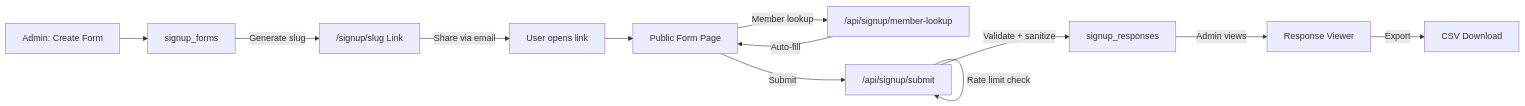
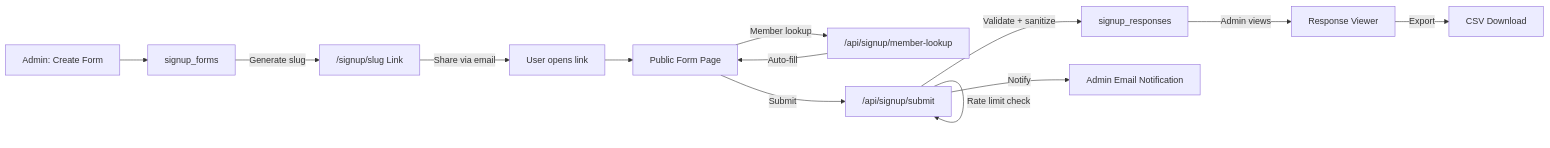
The fifth of 5 diagrams in README.md (jpurusho/ccisr-connect), drawn with Mermaid before and after one commit. The commit also changed other lines of this file and 1 other file, not shown here.

First line of the commit message:
Update README and ARCHITECTURE docs to v1.45.5

````diff
--- a/README.md
+++ b/README.md
@@ -179,14 +199,15 @@
 ```mermaid
 flowchart LR
     A[Admin: Create Form] --> F[signup_forms]
     F -->|Generate slug| L["/signup/slug" Link]
     L -->|Share via email| U[User opens link]
     U --> PF[Public Form Page]
     PF -->|Member lookup| ML["/api/signup/member-lookup"]
     ML -->|Auto-fill| PF
     PF -->|Submit| S["/api/signup/submit"]
     S -->|Rate limit check| S
     S -->|Validate + sanitize| R[signup_responses]
+    S -->|Notify| N[Admin Email Notification]
     R -->|Admin views| RV[Response Viewer]
     RV -->|Export| CSV[CSV Download]
 ```
````
